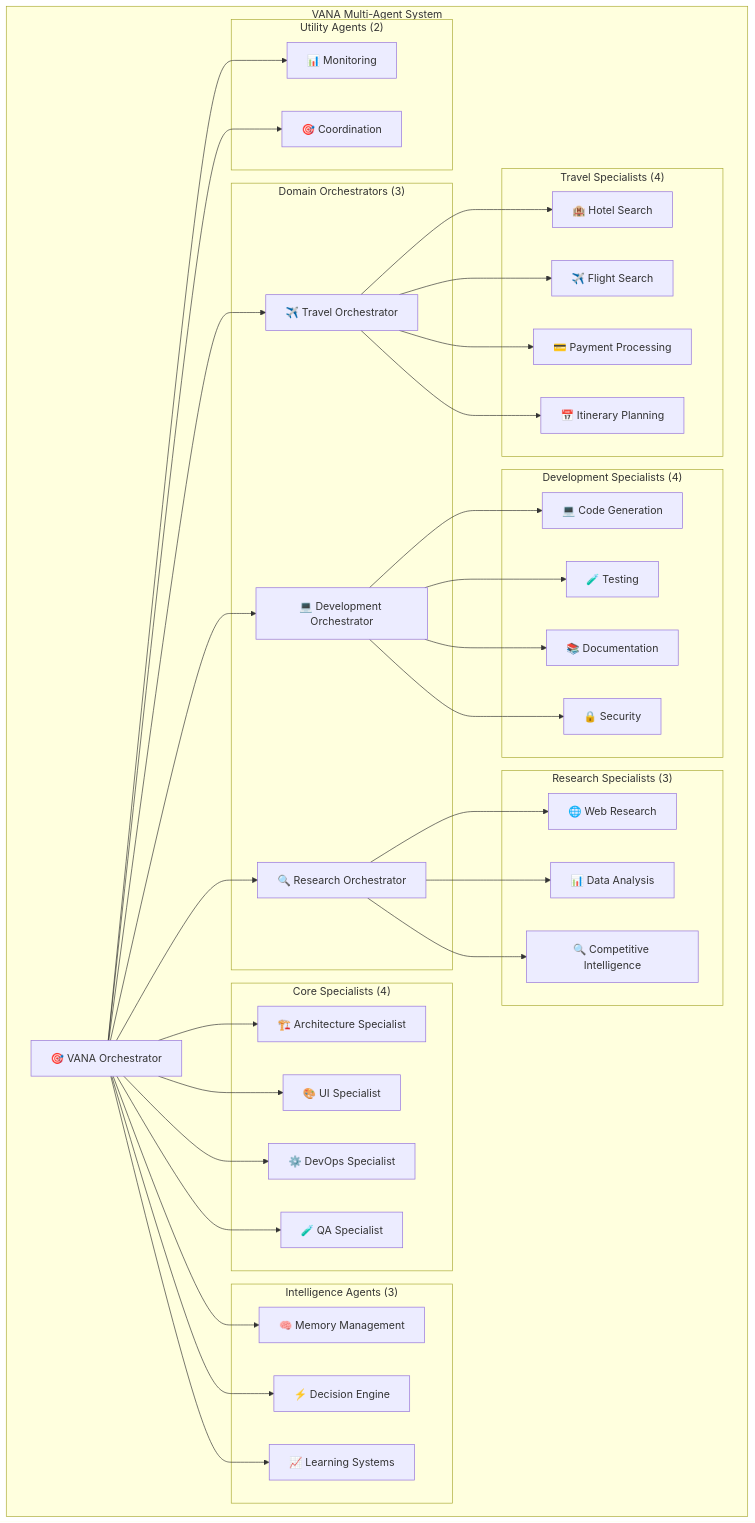
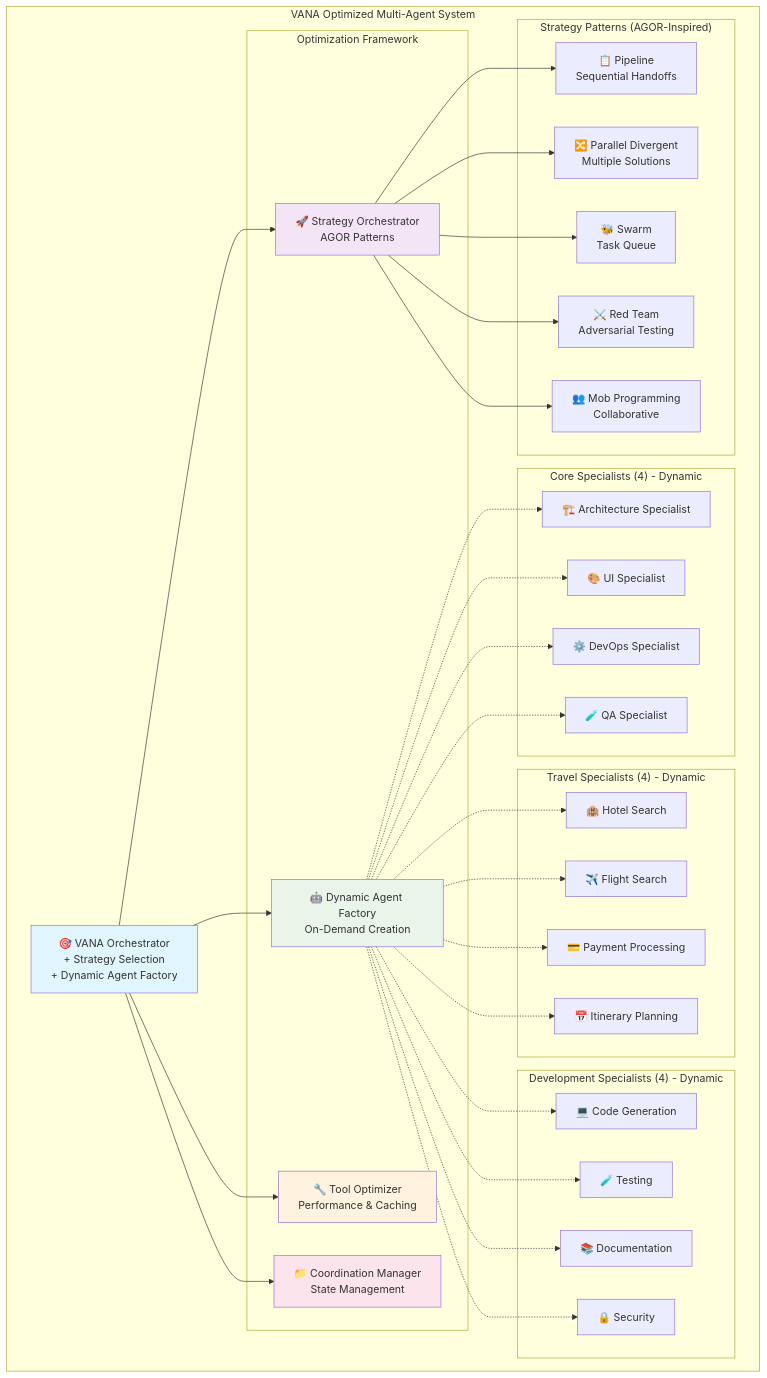
The diagram in docs/architecture/agents.md (NickB03/vana), drawn with Mermaid before and after one commit. The commit also changed other lines of this file and 61 other files, not shown here.

First line of the commit message:
feat: Implement comprehensive agent structure optimization framework

````diff
--- a/docs/architecture/agents.md
+++ b/docs/architecture/agents.md
@@ -7,78 +11,72 @@
 ```mermaid
 graph TB
-    subgraph "VANA Multi-Agent System"
-        VANA[🎯 VANA Orchestrator]
-        
-        subgraph "Domain Orchestrators (3)"
-            TO[✈️ Travel Orchestrator]
-            RO[🔍 Research Orchestrator]
-            DO[💻 Development Orchestrator]
+    subgraph "VANA Optimized Multi-Agent System"
+        VANA[🎯 VANA Orchestrator<br/>+ Strategy Selection<br/>+ Dynamic Agent Factory]
+
+        subgraph "Optimization Framework"
+            SO[🚀 Strategy Orchestrator<br/>AGOR Patterns]
+            DAF[🤖 Dynamic Agent Factory<br/>On-Demand Creation]
+            TO[🔧 Tool Optimizer<br/>Performance & Caching]
+            CM[📁 Coordination Manager<br/>State Management]
         end
-        
-        subgraph "Core Specialists (4)"
+
+        subgraph "Core Specialists (4) - Dynamic"
             AS[🏗️ Architecture Specialist]
             US[🎨 UI Specialist]
             DS[⚙️ DevOps Specialist]
             QS[🧪 QA Specialist]
         end
-        
-        subgraph "Travel Specialists (4)"
+
+        subgraph "Travel Specialists (4) - Dynamic"
             HS[🏨 Hotel Search]
             FS[✈️ Flight Search]
             PP[💳 Payment Processing]
             IP[📅 Itinerary Planning]
         end
-        
-        subgraph "Development Specialists (4)"
+
+        subgraph "Development Specialists (4) - Dynamic"
             CG[💻 Code Generation]
             TE[🧪 Testing]
             DOC[📚 Documentation]
             SEC[🔒 Security]
         end
-        
-        subgraph "Research Specialists (3)"
-            WR[🌐 Web Research]
-            DA[📊 Data Analysis]
-            CI[🔍 Competitive Intelligence]
-        end
-        
-        subgraph "Intelligence Agents (3)"
-            MM[🧠 Memory Management]
-            DE[⚡ Decision Engine]
-            LS[📈 Learning Systems]
-        end
-        
-        subgraph "Utility Agents (2)"
-            MON[📊 Monitoring]
-            COORD[🎯 Coordination]
+
+        subgraph "Strategy Patterns (AGOR-Inspired)"
+            PIPE[📋 Pipeline<br/>Sequential Handoffs]
+            PARA[🔀 Parallel Divergent<br/>Multiple Solutions]
+            SWARM[🐝 Swarm<br/>Task Queue]
+            RED[⚔️ Red Team<br/>Adversarial Testing]
+            MOB[👥 Mob Programming<br/>Collaborative]
         end
     end
-    
+
+    VANA --> SO
+    VANA --> DAF
     VANA --> TO
-    VANA --> RO
-    VANA --> DO
-    VANA --> AS
-    VANA --> US
-    VANA --> DS
-    VANA --> QS
-    
-    TO --> HS
-    TO --> FS
-    TO --> PP
-    TO --> IP
-    
-    DO --> CG
-    DO --> TE
-    DO --> DOC
-    DO --> SEC
-    
-    RO --> WR
-    RO --> DA
-    RO --> CI
-    
-    VANA --> MM
-    VANA --> DE
-    VANA --> LS
-    VANA --> MON
-    VANA --> COORD
+    VANA --> CM
+
+    SO --> PIPE
+    SO --> PARA
+    SO --> SWARM
+    SO --> RED
+    SO --> MOB
+
+    DAF -.-> AS
+    DAF -.-> US
+    DAF -.-> DS
+    DAF -.-> QS
+    DAF -.-> HS
+    DAF -.-> FS
+    DAF -.-> PP
+    DAF -.-> IP
+    DAF -.-> CG
+    DAF -.-> TE
+    DAF -.-> DOC
+    DAF -.-> SEC
+
+    style VANA fill:#e1f5fe
+    style SO fill:#f3e5f5
+    style DAF fill:#e8f5e8
+    style TO fill:#fff3e0
+    style CM fill:#fce4ec
 ```
````
